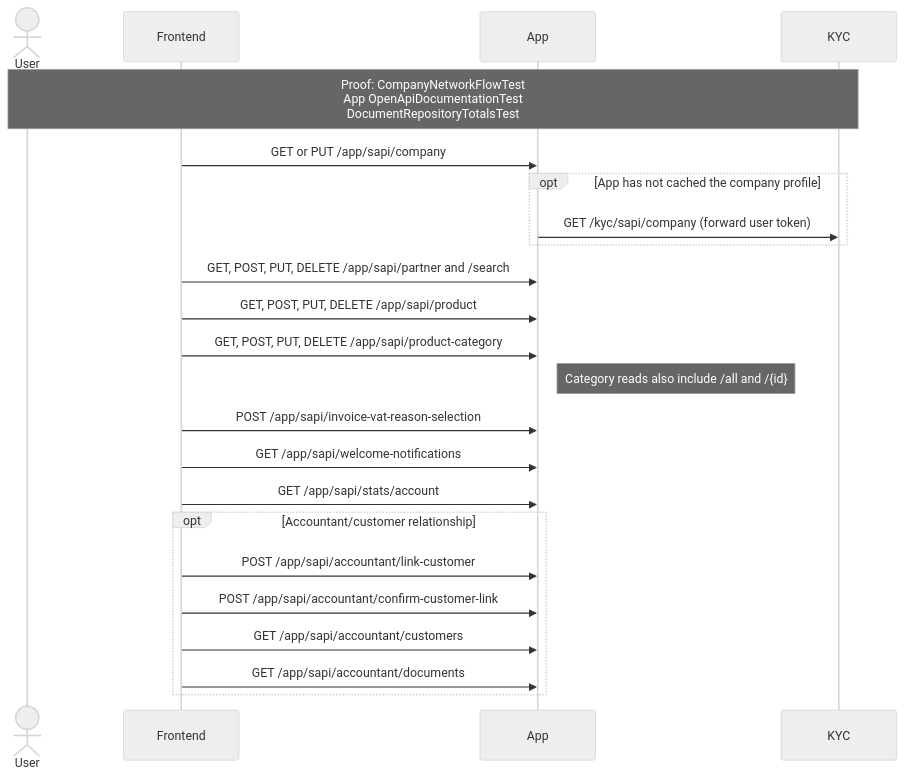
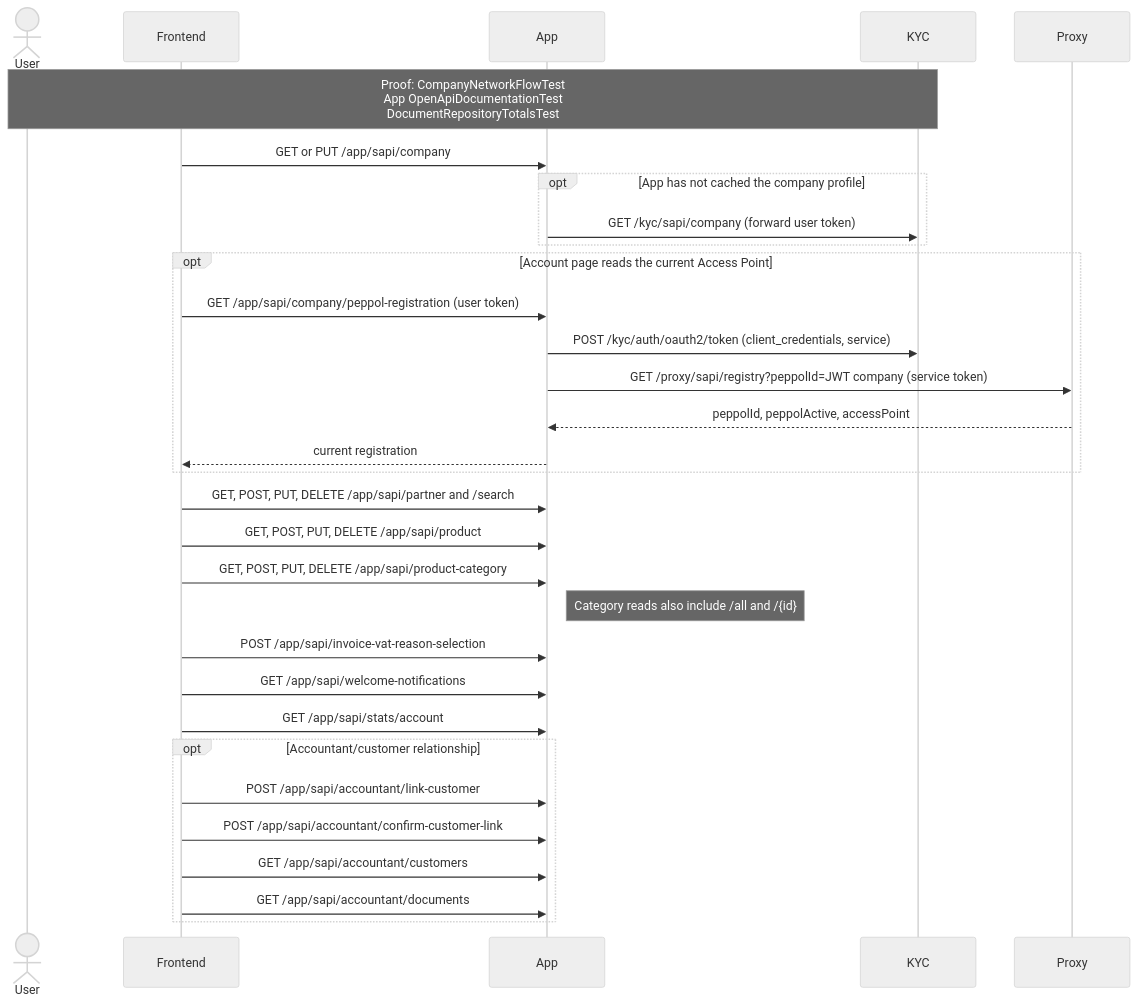
One commit to letspeppol/letspeppol changed the diagram in readme/api-application-profile-and-master-data.md. Above: the diagram before and after it, drawn with Mermaid (neutral theme). The commit also changed other lines of this file and 20 other files, not shown here.

Commit message:
feat: show company Access Point on Account and clarify registration status

````diff
--- a/readme/api-application-profile-and-master-data.md
+++ b/readme/api-application-profile-and-master-data.md
@@ -8,26 +10,34 @@
 ```mermaid
 sequenceDiagram
     actor User
     participant UI as Frontend
     participant App
     participant KYC
+    participant Proxy
 
     Note over User,KYC: Proof: CompanyNetworkFlowTest<br/>App OpenApiDocumentationTest<br/>DocumentRepositoryTotalsTest
     UI->>App: GET or PUT /app/sapi/company
     opt App has not cached the company profile
         App->>KYC: GET /kyc/sapi/company (forward user token)
+    end
+    opt Account page reads the current Access Point
+        UI->>App: GET /app/sapi/company/peppol-registration (user token)
+        App->>KYC: POST /kyc/auth/oauth2/token (client_credentials, service)
+        App->>Proxy: GET /proxy/sapi/registry?peppolId=JWT company (service token)
+        Proxy-->>App: peppolId, peppolActive, accessPoint
+        App-->>UI: current registration
     end
     UI->>App: GET, POST, PUT, DELETE /app/sapi/partner and /search
     UI->>App: GET, POST, PUT, DELETE /app/sapi/product
     UI->>App: GET, POST, PUT, DELETE /app/sapi/product-category
     Note right of App: Category reads also include /all and /{id}
     UI->>App: POST /app/sapi/invoice-vat-reason-selection
     UI->>App: GET /app/sapi/welcome-notifications
     UI->>App: GET /app/sapi/stats/account
     opt Accountant/customer relationship
         UI->>App: POST /app/sapi/accountant/link-customer
         UI->>App: POST /app/sapi/accountant/confirm-customer-link
         UI->>App: GET /app/sapi/accountant/customers
         UI->>App: GET /app/sapi/accountant/documents
     end
 ```
````
